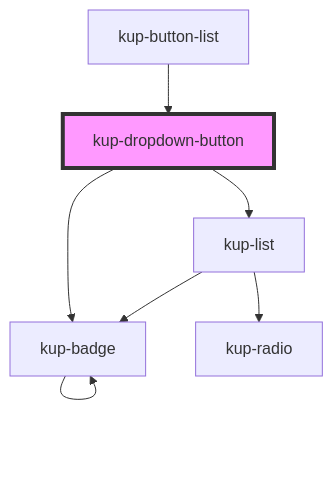
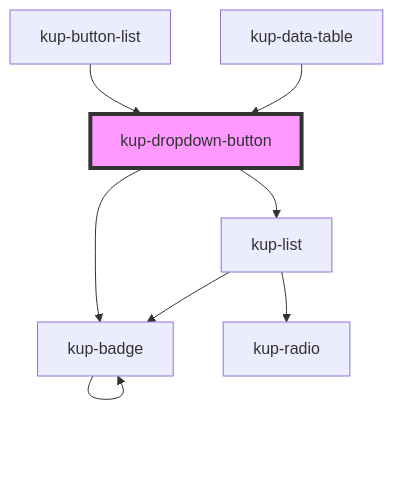
Before and after one commit to smeup/ketchup: the diagram in packages/ketchup/src/components/kup-dropdown-button/readme.md, drawn with Mermaid. The commit also changed other lines of this file and 18 other files, not shown here.

````diff
--- a/packages/ketchup/src/components/kup-dropdown-button/readme.md
+++ b/packages/ketchup/src/components/kup-dropdown-button/readme.md
@@ -101,10 +102,11 @@
 ```mermaid
 graph TD;
   kup-dropdown-button --> kup-list
   kup-dropdown-button --> kup-badge
   kup-list --> kup-radio
   kup-list --> kup-badge
   kup-badge --> kup-badge
   kup-button-list --> kup-dropdown-button
+  kup-data-table --> kup-dropdown-button
   style kup-dropdown-button fill:#f9f,stroke:#333,stroke-width:4px
 ```
````
